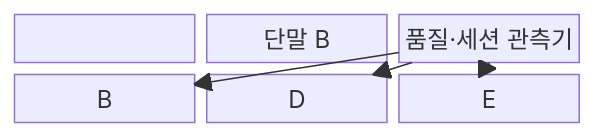
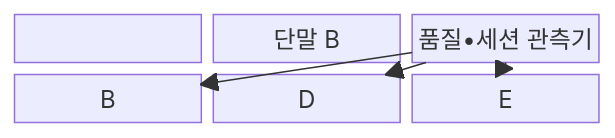
Before and after one commit to agnusdei1207/knowledge-base: the first of 2 diagrams in src/content/docs/notes/04-network/109_webrtc.md, drawn with Mermaid. The commit also changed other lines of this file and 953 other files, not shown here.

````diff
--- a/src/content/docs/notes/04-network/109_webrtc.md
+++ b/src/content/docs/notes/04-network/109_webrtc.md
@@ -66,10 +66,10 @@
 ```mermaid
 block
     columns 3
     A["단말 A"] --> B["시그널링 서버"] --> C["단말 B"]
-    A --> D["STUN·TURN 서버"] --> C
-    A --> E["SFU·MCU 서버"] --> C
-    F["품질·세션 관측기"] --> B
+    A --> D["STUN•TURN 서버"] --> C
+    A --> E["SFU•MCU 서버"] --> C
+    F["품질•세션 관측기"] --> B
     F --> D
     F --> E
 ```
````
